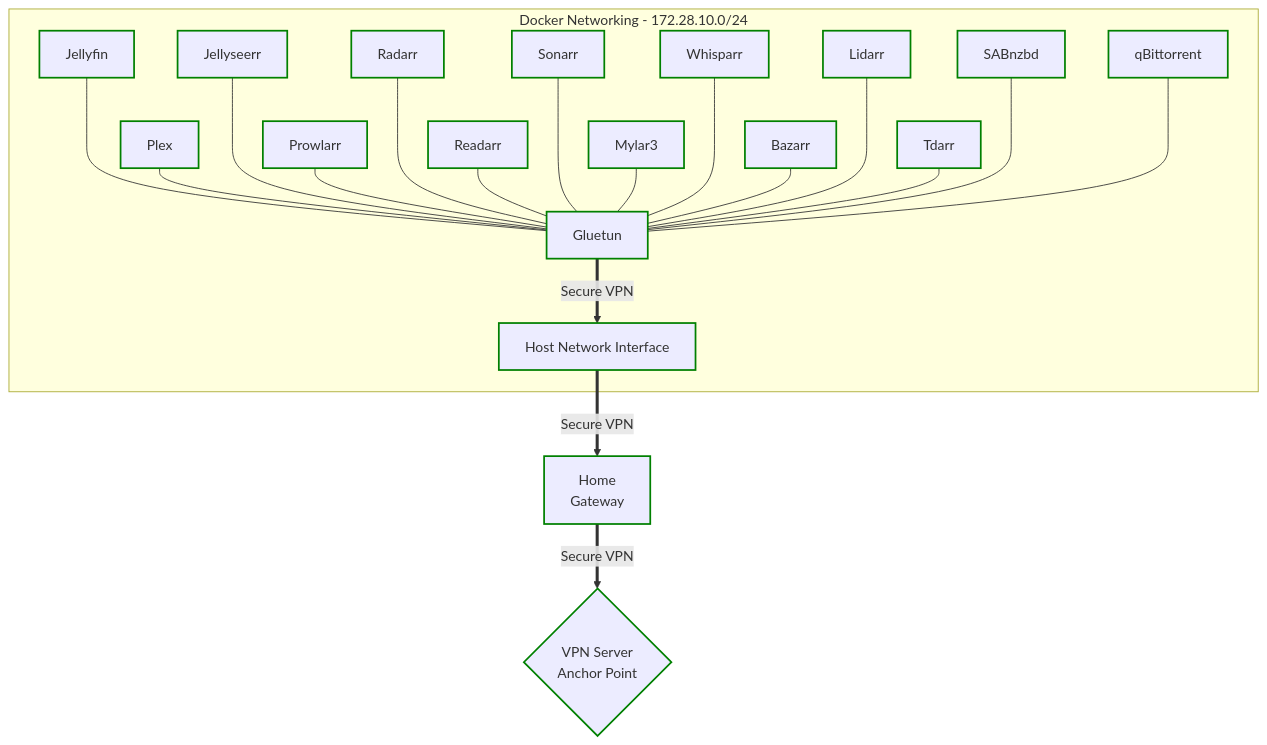
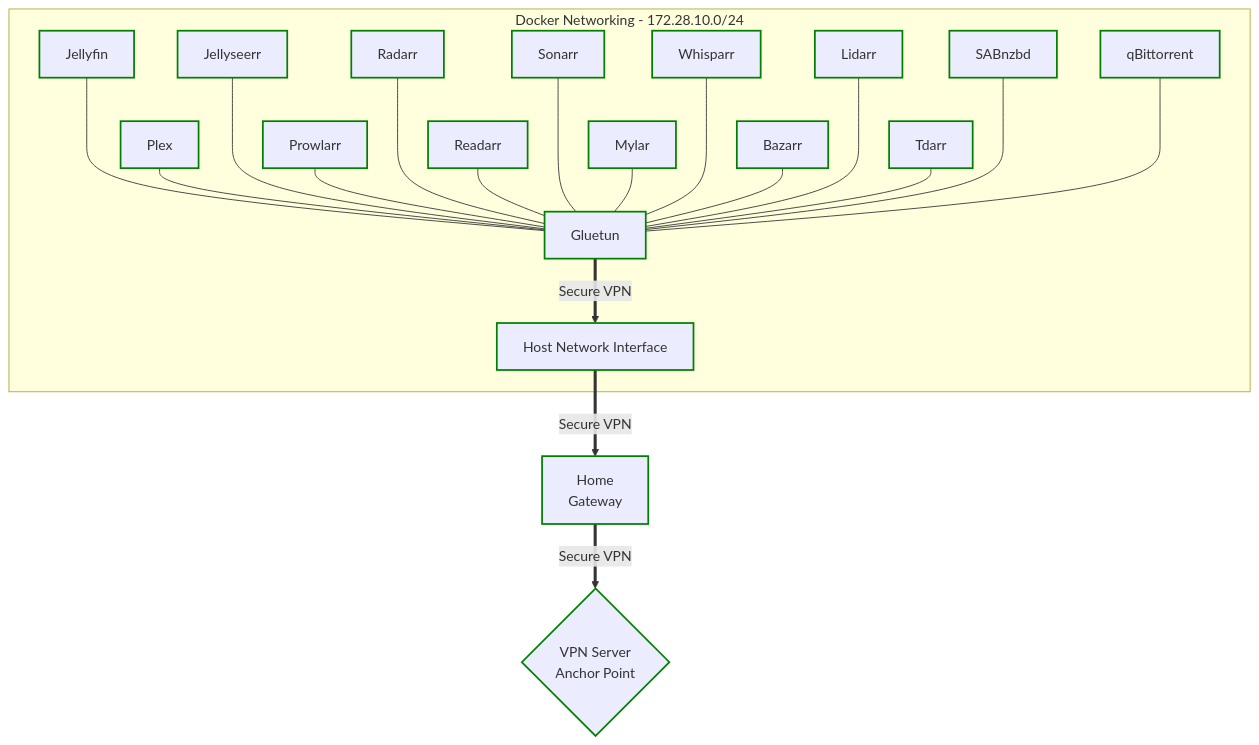
The diagram in full-vpn_single-yaml/README.md (geekau/mediastack), drawn with Mermaid before and after one commit. The commit also changed 13 other files, not shown here.

````diff
--- a/full-vpn_single-yaml/README.md
+++ b/full-vpn_single-yaml/README.md
@@ -32,42 +32,42 @@
 ``` mermaid
 graph TD
     subgraph DockerNet[<center>Docker Networking - 172.28.10.0/24</center>]
         Jellyfin ---- Gluetun
         Plex --- Gluetun
         Jellyseerr ---- Gluetun
         Prowlarr --- Gluetun
         Radarr ---- Gluetun
         Readarr --- Gluetun
         Sonarr ---- Gluetun
-        Mylar3 --- Gluetun
+        Mylar --- Gluetun
         Whisparr ---- Gluetun
         Bazarr --- Gluetun
         Lidarr ---- Gluetun
         Tdarr --- Gluetun
         SABnzbd ---- Gluetun
         NIC[Host Network Interface]
         qBittorrent ---- Gluetun
     end
     Gluetun ==>| Secure VPN | NIC
     NIC ==>| Secure VPN | Gateway[<center>Home</p>Gateway</center>]
     Gateway ==>|Secure VPN |VPN{<center>VPN Server</p>Anchor Point</center>}
     
     style Bazarr stroke:green,stroke-width:2px
     style Lidarr stroke:green,stroke-width:2px
-    style Mylar3 stroke:green,stroke-width:2px
+    style Mylar stroke:green,stroke-width:2px
     style Prowlarr stroke:green,stroke-width:2px
     style Radarr stroke:green,stroke-width:2px
     style Readarr stroke:green,stroke-width:2px
     style Sonarr stroke:green,stroke-width:2px
     style Tdarr stroke:green,stroke-width:2px
     style Whisparr stroke:green,stroke-width:2px
     style Jellyfin stroke:green,stroke-width:2px
     style Plex stroke:green,stroke-width:2px
     style qBittorrent stroke:green,stroke-width:2px
     style Jellyseerr stroke:green,stroke-width:2px
     style SABnzbd stroke:green,stroke-width:2px
     style Gluetun stroke:green,stroke-width:2px
     style NIC stroke:green,stroke-width:2px
     style Gateway stroke:green,stroke-width:2px
     style VPN stroke:green,stroke-width:2px
 ```
````
